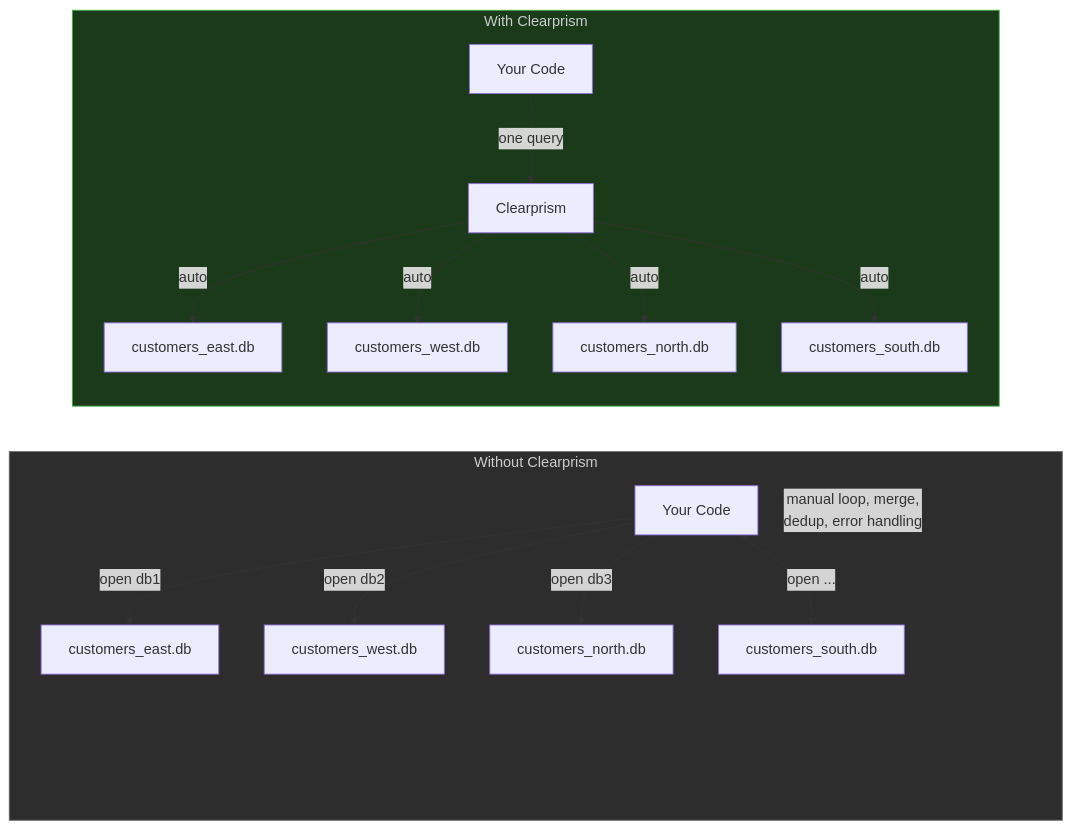
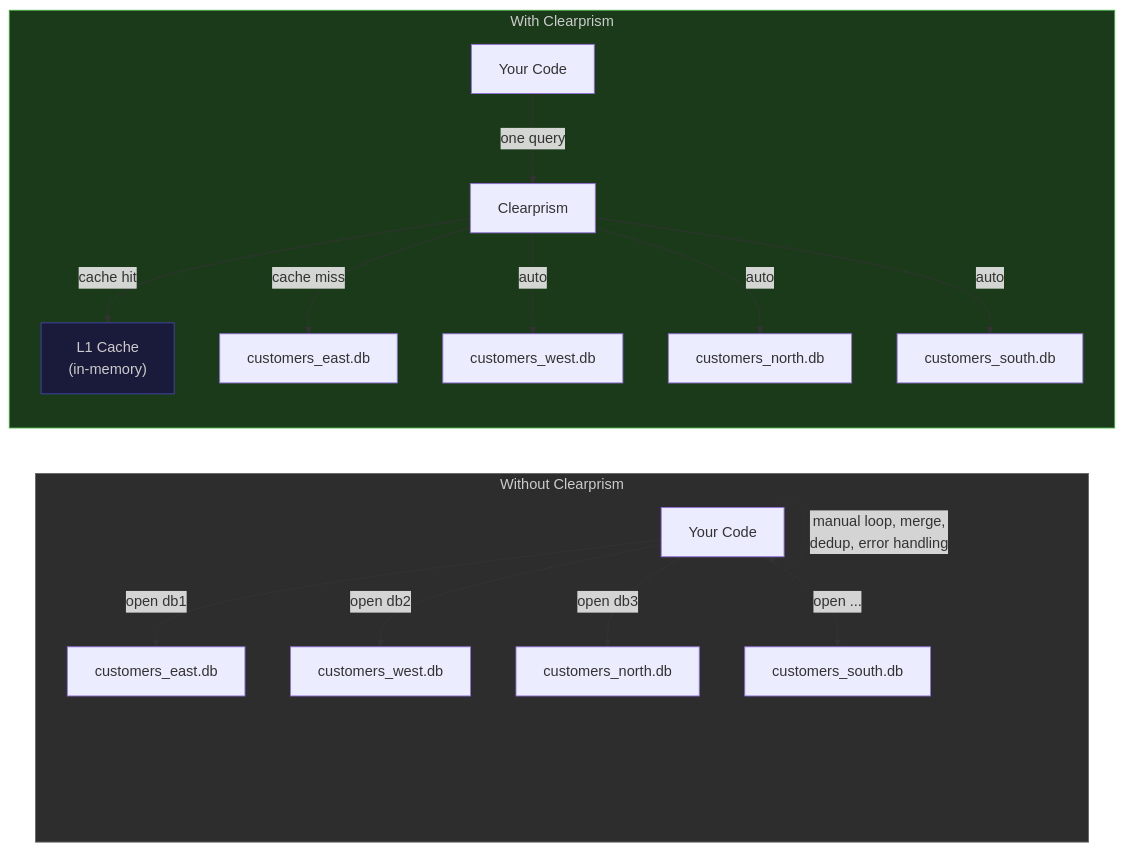
The first of 2 diagrams in README.md (alexandernicholson/clearprism), drawn with Mermaid before and after one commit.

Commit message:
Add L1 cache to README Mermaid diagram

````diff
--- a/README.md
+++ b/README.md
@@ -5,23 +5,25 @@
 ```mermaid
 graph LR
     subgraph WITHOUT["Without Clearprism"]
         direction TB
         A1["Your Code"] -->|"open db1"| D1["customers_east.db"]
         A1 -->|"open db2"| D2["customers_west.db"]
         A1 -->|"open db3"| D3["customers_north.db"]
         A1 -->|"open ..."| D4["customers_south.db"]
         A1 -.->|"manual loop, merge,<br>dedup, error handling"| A1
     end
 
     subgraph WITH["With Clearprism"]
         direction TB
         A2["Your Code"] -->|"one query"| CP["Clearprism"]
-        CP -->|"auto"| S1["customers_east.db"]
+        CP -->|"cache hit"| CACHE["L1 Cache<br>(in-memory)"]
+        CP -->|"cache miss"| S1["customers_east.db"]
         CP -->|"auto"| S2["customers_west.db"]
         CP -->|"auto"| S3["customers_north.db"]
         CP -->|"auto"| S4["customers_south.db"]
     end
 
     style WITHOUT fill:#2d2d2d,stroke:#666,color:#ccc
     style WITH fill:#1a3a1a,stroke:#4a4,color:#ccc
+    style CACHE fill:#1a1a3a,stroke:#44a,color:#ccc
 ```
````
